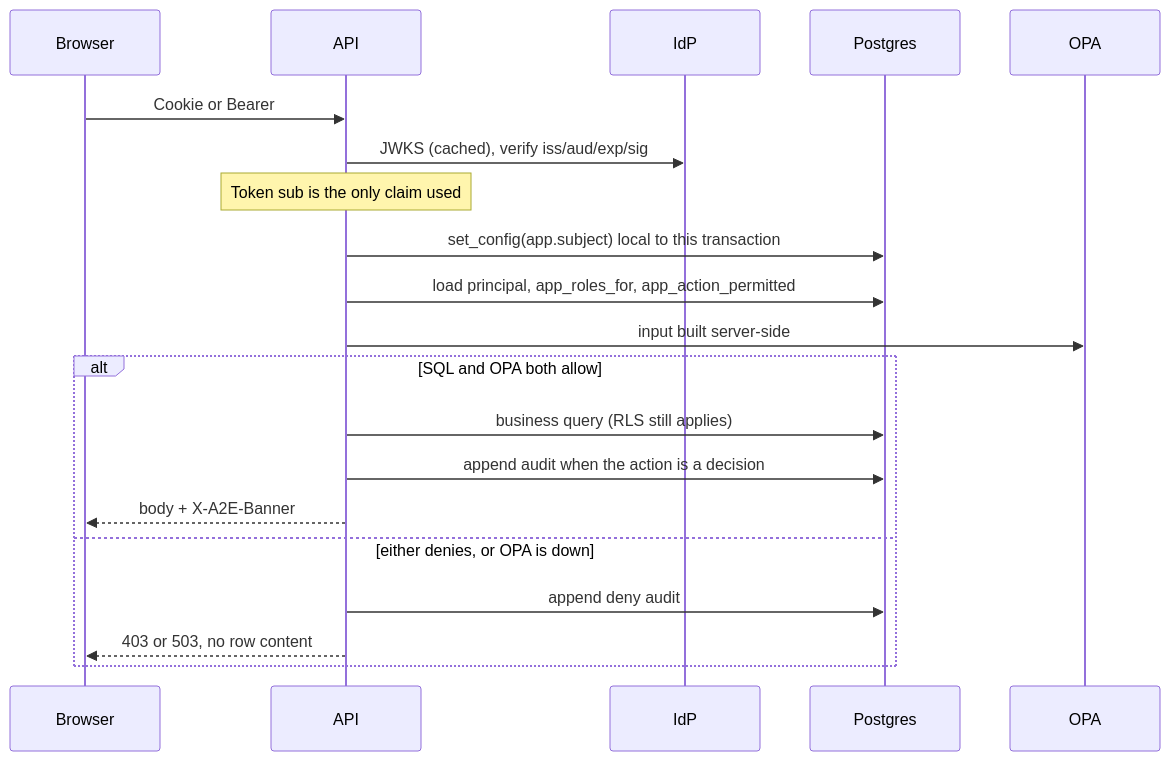
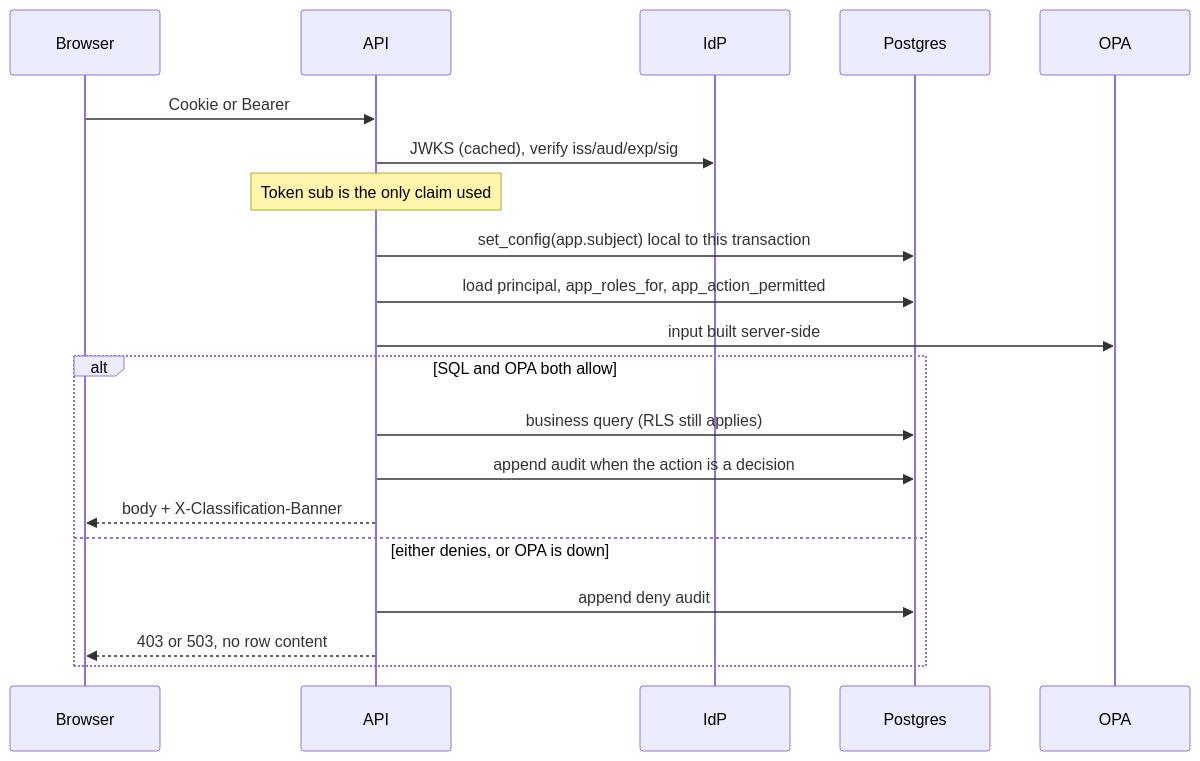
The first of 3 diagrams in docs/architecture/sequences.md (kevin-owens-product/drones), drawn with Mermaid before and after one commit. The commit also changed 80 other files, not shown here.

````diff
--- a/docs/architecture/sequences.md
+++ b/docs/architecture/sequences.md
@@ -5,23 +5,23 @@
 ```mermaid
 sequenceDiagram
   participant B as Browser
   participant A as API
   participant K as IdP
   participant P as Postgres
   participant O as OPA
 
   B->>A: Cookie or Bearer
   A->>K: JWKS (cached), verify iss/aud/exp/sig
   Note over A: Token sub is the only claim used
   A->>P: set_config(app.subject) local to this transaction
   A->>P: load principal, app_roles_for, app_action_permitted
   A->>O: input built server-side
   alt SQL and OPA both allow
     A->>P: business query (RLS still applies)
     A->>P: append audit when the action is a decision
-    A-->>B: body + X-A2E-Banner
+    A-->>B: body + X-Classification-Banner
   else either denies, or OPA is down
     A->>P: append deny audit
     A-->>B: 403 or 503, no row content
   end
 ```
````
